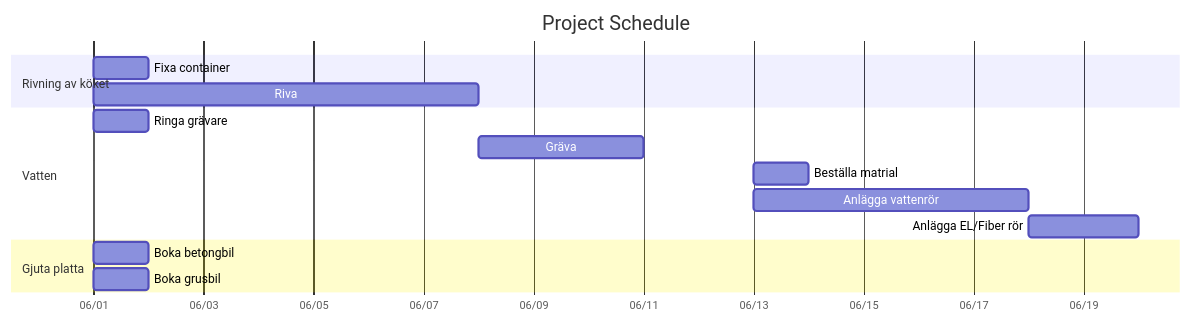
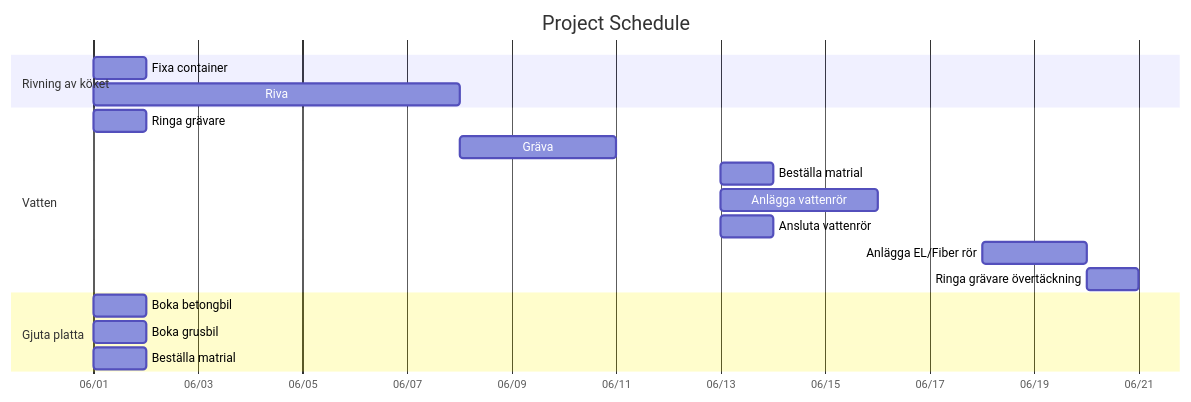
The diagram in schema.md (masv3971/k-ksrenovering), drawn with Mermaid before and after one commit.

Commit message:
More water related.

````diff
--- a/schema.md
+++ b/schema.md
@@ -3,22 +3,26 @@
 ```mermaid
     gantt
         title Project Schedule
         dateFormat YYYY-MM-DD
         axisFormat %m/%d
 
         section Rivning av köket
         Fixa container : 2024-06-01, 1d
         Riva : 2024-06-1, 7d
         
         section Vatten
         Ringa grävare : 2024-06-01, 1d
         Gräva : 2024-06-08, 3d
         Beställa matrial : 2024-06-13, 1d
-        Anlägga vattenrör : 2024-06-13, 5d
+        Anlägga vattenrör : 2024-06-13, 3d
+        Ansluta vattenrör : 2024-06-13, 1d
         Anlägga EL/Fiber rör : 2024-06-18, 2d
+        Ringa grävare övertäckning : 2024-06-20, 1d
 
         section Gjuta platta
         Boka betongbil : 2024-06-01, 1d
         Boka grusbil : 2024-06-01, 1d
+        Beställa matrial : 2024-06-01, 1d
+
 
 ```
````
